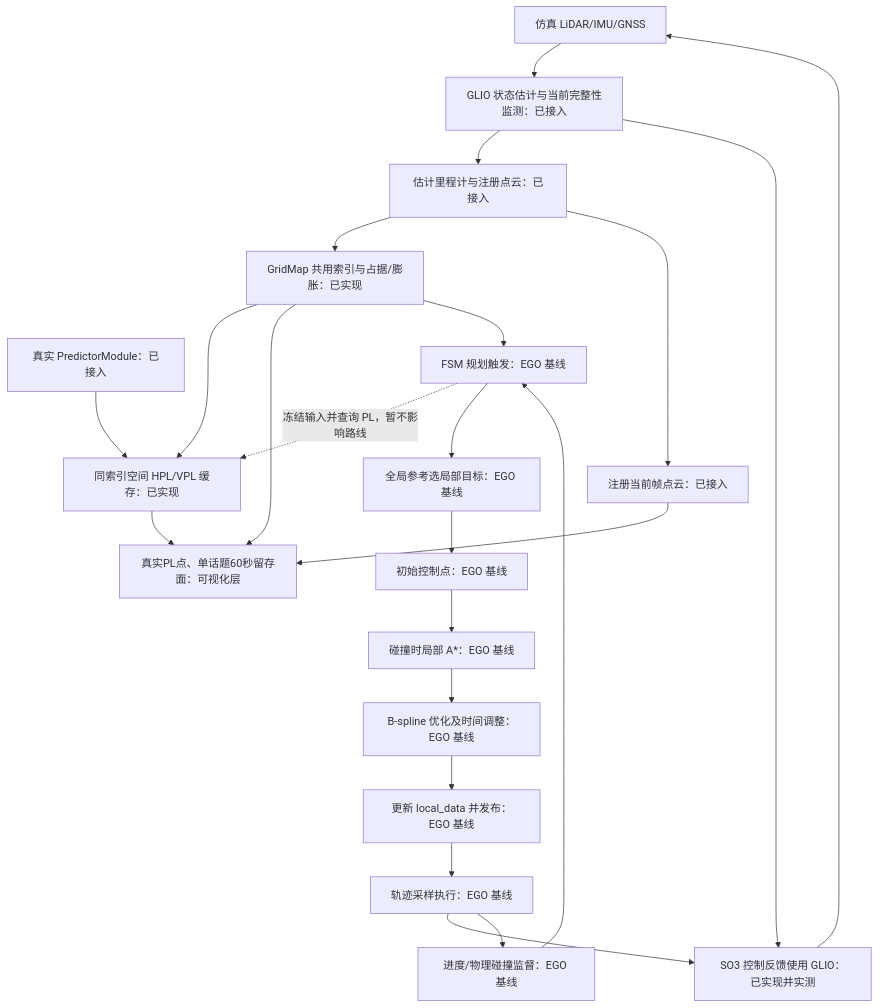
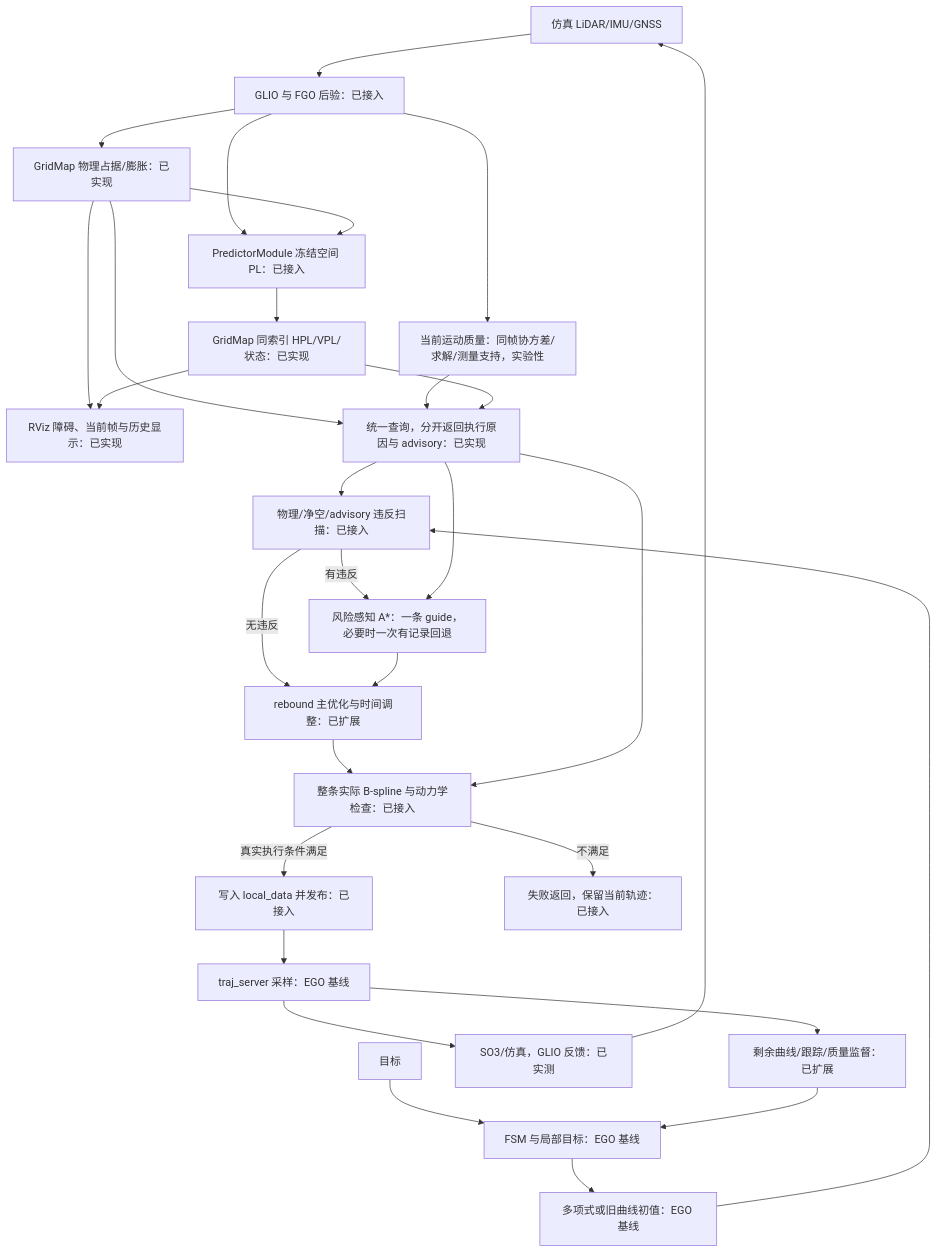
The second of 3 diagrams in docs/spec/ego_based_planning_flow.md (Printeger/iap), drawn with Mermaid before and after one commit. The commit also changed other lines of this file and 26 other files, not shown here.

Commit message:
Guide EGO replanning with current motion quality and advisory PL

````diff
--- a/docs/spec/ego_based_planning_flow.md
+++ b/docs/spec/ego_based_planning_flow.md
@@ -59,25 +58,31 @@
 ```mermaid
 flowchart TD
-    Sensors[仿真 LiDAR/IMU/GNSS] --> GLIO[GLIO 状态估计与当前完整性监测：已接入]
-    GLIO --> Inputs[估计里程计与注册点云：已接入]
-    GLIO --> Control[SO3 控制反馈使用 GLIO：已实现并实测]
-    Inputs --> Map[GridMap 共用索引与占据/膨胀：已实现]
-    Predictor[真实 PredictorModule：已接入] --> Risk[同索引空间 HPL/VPL 缓存：已实现]
-    Map --> Risk
-    Risk --> Viz[真实PL点、单话题60秒留存面：可视化层]
-    Map --> Viz
-    Inputs --> CurrentFrame[注册当前帧点云：已接入]
-    CurrentFrame --> Viz
-    FSM -.->|冻结输入并查询 PL，暂不影响路线| Risk
-    Map --> FSM[FSM 规划触发：EGO 基线]
-    FSM --> Target[全局参考选局部目标：EGO 基线]
-    Target --> Init[初始控制点：EGO 基线]
-    Init --> Search[碰撞时局部 A*：EGO 基线]
-    Search --> Opt[B-spline 优化及时间调整：EGO 基线]
-    Opt --> Commit[更新 local_data 并发布：EGO 基线]
-    Commit --> Execute[轨迹采样执行：EGO 基线]
-    Execute --> Control
+    Sensors[仿真 LiDAR/IMU/GNSS] --> GLIO[GLIO 与 FGO 后验：已接入]
+    GLIO --> Current[当前运动质量：同帧协方差/求解/测量支持，实验性]
+    GLIO --> Map[GridMap 物理占据/膨胀：已实现]
+    GLIO --> Advisory[PredictorModule 冻结空间 PL：已接入]
+    Map --> Advisory
+    Advisory --> Risk[GridMap 同索引 HPL/VPL/状态：已实现]
+    Map --> Viz[RViz 障碍、当前帧与历史显示：已实现]
+    Risk --> Viz
+    Goal[目标] --> FSM[FSM 与局部目标：EGO 基线]
+    FSM --> Init[多项式或旧曲线初值：EGO 基线]
+    Init --> Scan[物理/净空/advisory 违反扫描：已接入]
+    Map --> Query[统一查询，分开返回执行原因与 advisory：已实现]
+    Current --> Query
+    Risk --> Query
+    Query --> Scan
+    Scan -->|无违反| Opt[rebound 主优化与时间调整：已扩展]
+    Scan -->|有违反| Search[风险感知 A*：一条 guide，必要时一次有记录回退]
+    Query --> Search
+    Search --> Opt
+    Opt --> Final[整条实际 B-spline 与动力学检查：已接入]
+    Query --> Final
+    Final -->|真实执行条件满足| Commit[写入 local_data 并发布：已接入]
+    Final -->|不满足| Keep[失败返回，保留当前轨迹：已接入]
+    Commit --> Server[traj_server 采样：EGO 基线]
+    Server --> Control[SO3/仿真，GLIO 反馈：已实测]
     Control --> Sensors
-    Execute --> Check[进度/物理碰撞监督：EGO 基线]
-    Check --> FSM
+    Server --> Monitor[剩余曲线/跟踪/质量监督：已扩展]
+    Monitor --> FSM
 ```
````
